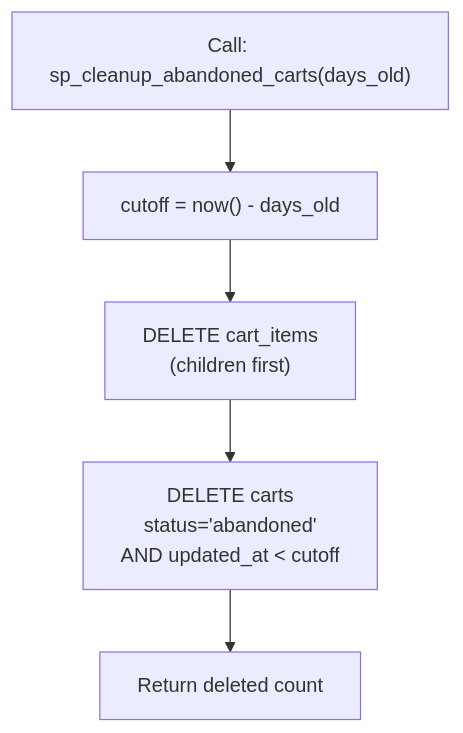
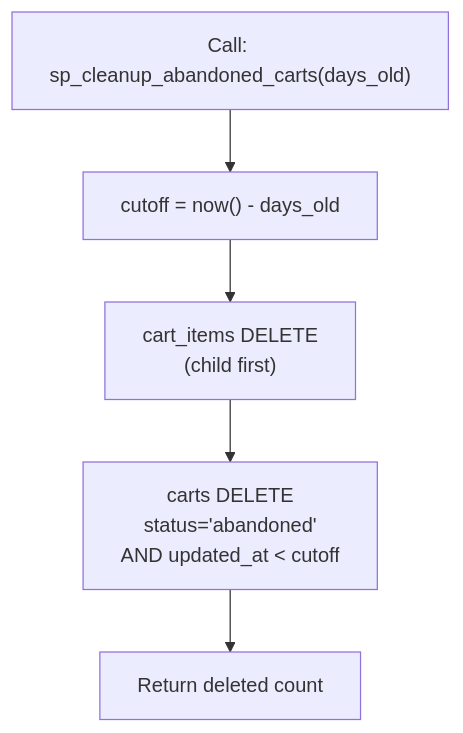
One commit to civilian7/sql-tutorial changed the seventh of 15 diagrams in docs/en/schema/procedures.md. Above: the diagram before and after it, drawn with Mermaid. The commit also changed other lines of this file and 121 other files, not shown here.

````diff
--- a/docs/en/schema/procedures.md
+++ b/docs/en/schema/procedures.md
@@ -749,10 +764,10 @@
 ```mermaid
 flowchart TD
     A["Call: sp_cleanup_abandoned_carts(days_old)"] --> B["cutoff = now() - days_old"]
-    B --> C["DELETE cart_items
-    (children first)"]
-    C --> D["DELETE carts
+    B --> C["cart_items DELETE
+    (child first)"]
+    C --> D["carts DELETE
     status='abandoned'
     AND updated_at < cutoff"]
     D --> E["Return deleted count"]
 ```
````
